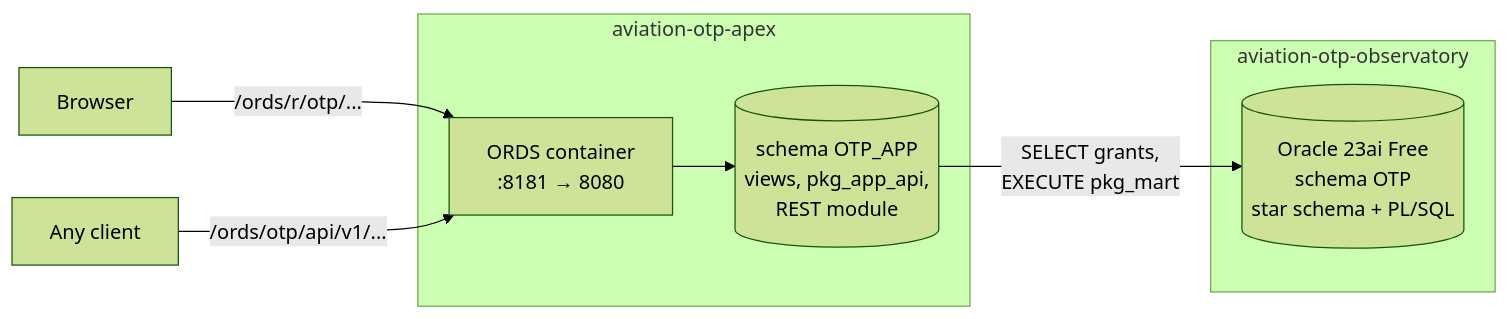
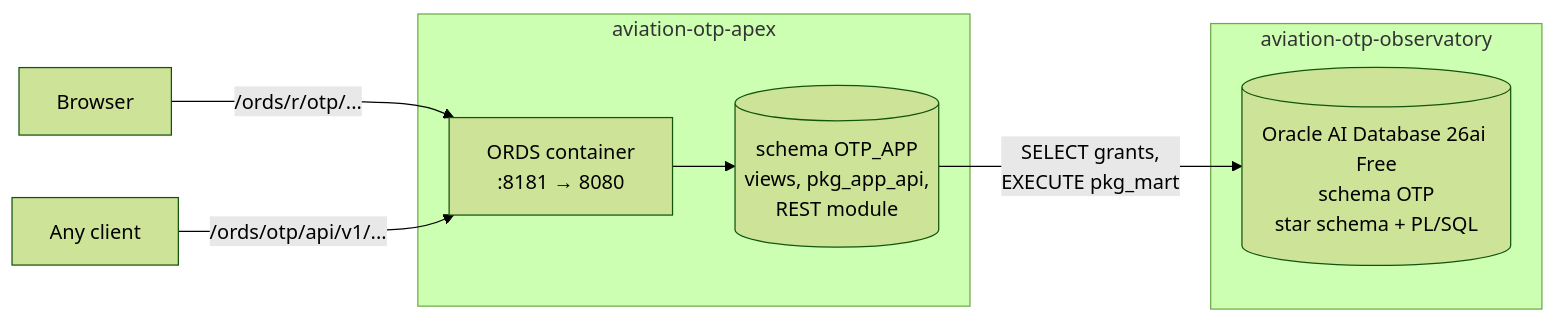
The diagram in README.md (Jano-Projects/aviation-otp-apex), drawn with Mermaid (forest theme) before and after one commit. The commit also changed other lines of this file and 6 other files, not shown here.

Commit message:
docs: versions, architecture, how it works, page guide fixes; install never overwrites the app

````diff
--- a/README.md
+++ b/README.md
@@ -11,14 +11,14 @@
 ```mermaid
 flowchart LR
     subgraph obs[aviation-otp-observatory]
-        DB[(Oracle 23ai Free<br/>schema OTP<br/>star schema + PL/SQL)]
+        DB[(Oracle AI Database 26ai Free<br/>schema OTP<br/>star schema + PL/SQL)]
     end
     subgraph app[aviation-otp-apex]
         ORDS[ORDS container<br/>:8181 → 8080]
         APP[(schema OTP_APP<br/>views, pkg_app_api,<br/>REST module)]
     end
     APP -- "SELECT grants,<br/>EXECUTE pkg_mart" --> DB
     ORDS --> APP
     B[Browser] -->|/ords/r/otp/...| ORDS
     C[Any client] -->|/ords/otp/api/v1/...| ORDS
 ```
````
